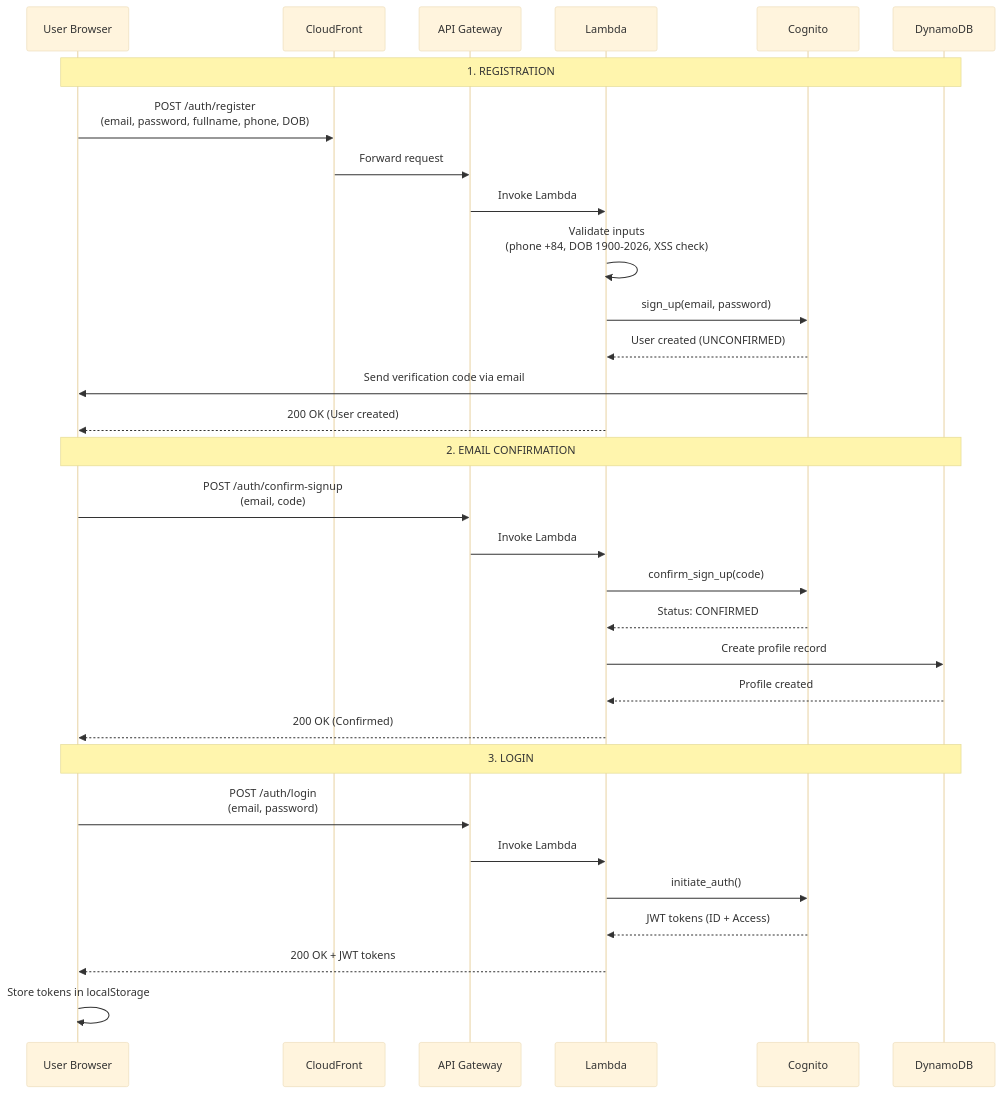
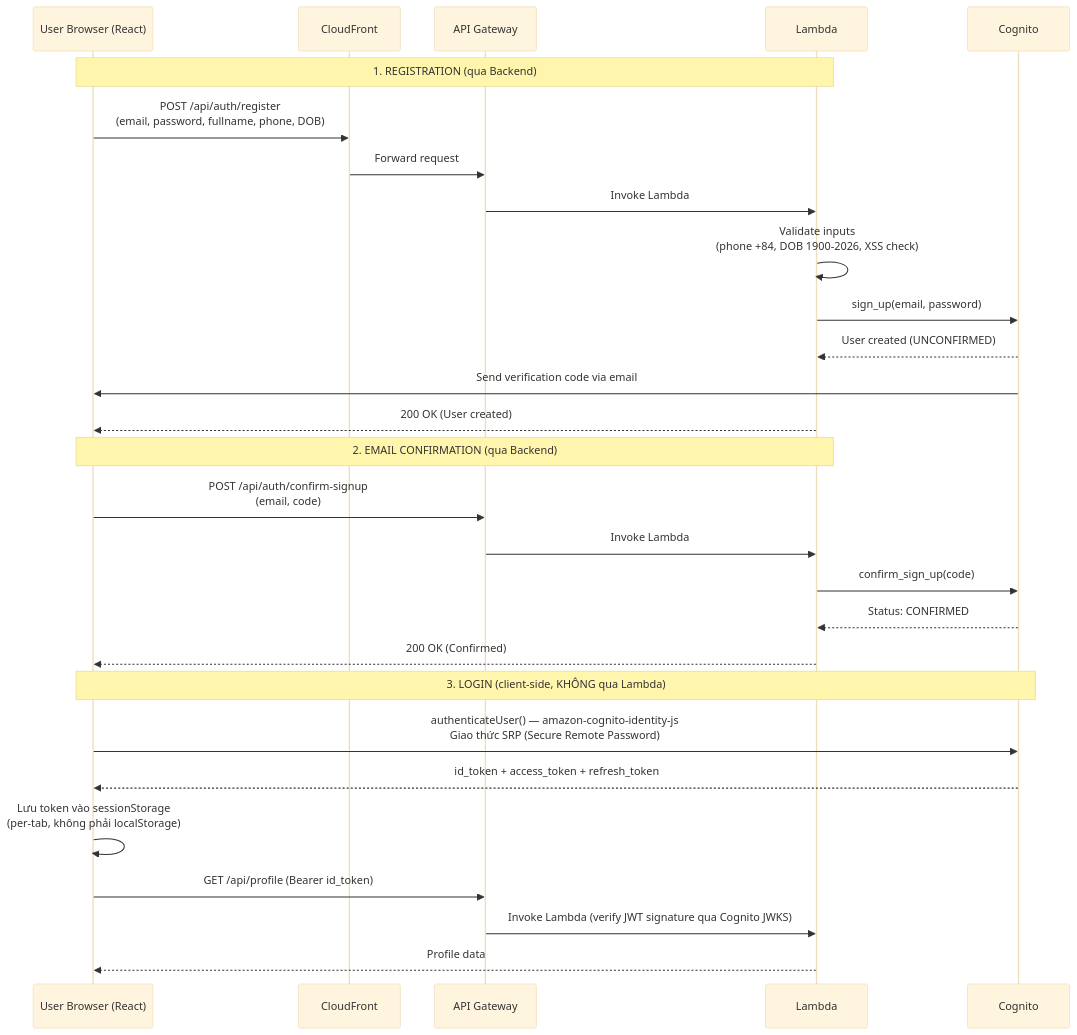
The second of 10 diagrams in MERMAID_DIAGRAMS.md (TakunKenjo/Workshop-AWS-Group-Report), drawn with Mermaid (base theme) before and after one commit. The commit also changed other lines of this file and 35 other files, not shown here.

````diff
--- a/MERMAID_DIAGRAMS.md
+++ b/MERMAID_DIAGRAMS.md
@@ -110,36 +116,33 @@
 ```mermaid
 sequenceDiagram
-    participant U as User Browser
+    participant U as User Browser (React)
     participant CF as CloudFront
     participant AG as API Gateway
     participant L as Lambda
     participant C as Cognito
-    participant DB as DynamoDB
     
-    Note over U,DB: 1. REGISTRATION
-    U->>CF: POST /auth/register<br/>(email, password, fullname, phone, DOB)
+    Note over U,L: 1. REGISTRATION (qua Backend)
+    U->>CF: POST /api/auth/register<br/>(email, password, fullname, phone, DOB)
     CF->>AG: Forward request
     AG->>L: Invoke Lambda
     L->>L: Validate inputs<br/>(phone +84, DOB 1900-2026, XSS check)
     L->>C: sign_up(email, password)
     C-->>L: User created (UNCONFIRMED)
     C->>U: Send verification code via email
     L-->>U: 200 OK (User created)
     
-    Note over U,DB: 2. EMAIL CONFIRMATION
-    U->>AG: POST /auth/confirm-signup<br/>(email, code)
+    Note over U,L: 2. EMAIL CONFIRMATION (qua Backend)
+    U->>AG: POST /api/auth/confirm-signup<br/>(email, code)
     AG->>L: Invoke Lambda
     L->>C: confirm_sign_up(code)
     C-->>L: Status: CONFIRMED
-    L->>DB: Create profile record
-    DB-->>L: Profile created
     L-->>U: 200 OK (Confirmed)
     
-    Note over U,DB: 3. LOGIN
-    U->>AG: POST /auth/login<br/>(email, password)
-    AG->>L: Invoke Lambda
-    L->>C: initiate_auth()
-    C-->>L: JWT tokens (ID + Access)
-    L-->>U: 200 OK + JWT tokens
-    U->>U: Store tokens in localStorage
+    Note over U,C: 3. LOGIN (client-side, KHÔNG qua Lambda)
+    U->>C: authenticateUser() — amazon-cognito-identity-js<br/>Giao thức SRP (Secure Remote Password)
+    C-->>U: id_token + access_token + refresh_token
+    U->>U: Lưu token vào sessionStorage<br/>(per-tab, không phải localStorage)
+    U->>AG: GET /api/profile (Bearer id_token)
+    AG->>L: Invoke Lambda (verify JWT signature qua Cognito JWKS)
+    L-->>U: Profile data
 ```
````
